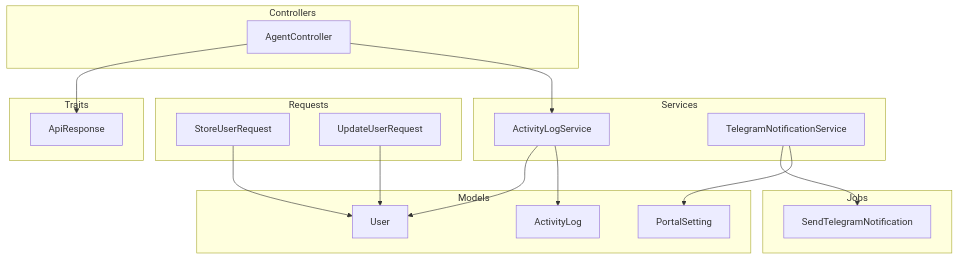
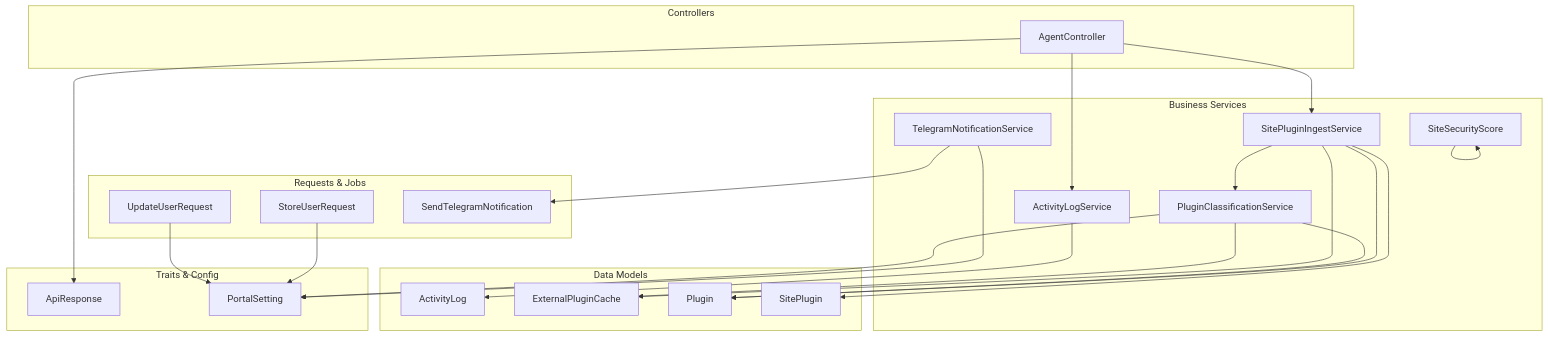
One commit to FCS-WP/website_portal changed the first of 12 diagrams in .qoder/repowiki/en/content/Backend Architecture (Laravel)/Business Logic Services.md. Above: the diagram before and after it, drawn with Mermaid. The commit also changed other lines of this file and 30 other files, not shown here.

````diff
--- a/.qoder/repowiki/en/content/Backend Architecture (Laravel)/Business Logic Services.md
+++ b/.qoder/repowiki/en/content/Backend Architecture (Laravel)/Business Logic Services.md
@@ -49,33 +74,46 @@
 ```mermaid
 graph TB
 subgraph "Controllers"
 AC["AgentController"]
 end
-subgraph "Services"
+subgraph "Business Services"
 ALS["ActivityLogService"]
 TNS["TelegramNotificationService"]
+PCS["PluginClassificationService"]
+SPI["SitePluginIngestService"]
+SSS["SecurityScoreService"]
 end
-subgraph "Requests"
+subgraph "Data Models"
+AL["ActivityLog"]
+EP["ExternalPluginCache"]
+PL["Plugin"]
+SP["SitePlugin"]
+SSS["SiteSecurityScore"]
+end
+subgraph "Requests & Jobs"
 SUR["StoreUserRequest"]
 UUR["UpdateUserRequest"]
+STN["SendTelegramNotification"]
 end
-subgraph "Models"
-AL["ActivityLog"]
-USR["User"]
+subgraph "Traits & Config"
+AR["ApiResponse"]
 PS["PortalSetting"]
 end
-subgraph "Jobs"
-STN["SendTelegramNotification"]
-end
-subgraph "Traits"
-AR["ApiResponse"]
-end
 AC --> ALS
+AC --> SPI
 AC --> AR
 TNS --> PS
 TNS --> STN
+SPI --> PCS
+SPI --> EP
+SPI --> PL
+SPI --> SP
+SSS --> SSS
 ALS --> AL
-ALS --> USR
-SUR --> USR
-UUR --> USR
+PCS --> EP
+PCS --> PL
+PCS --> PS
+SSS --> SSS
+SUR --> PS
+UUR --> PS
 ```
````
